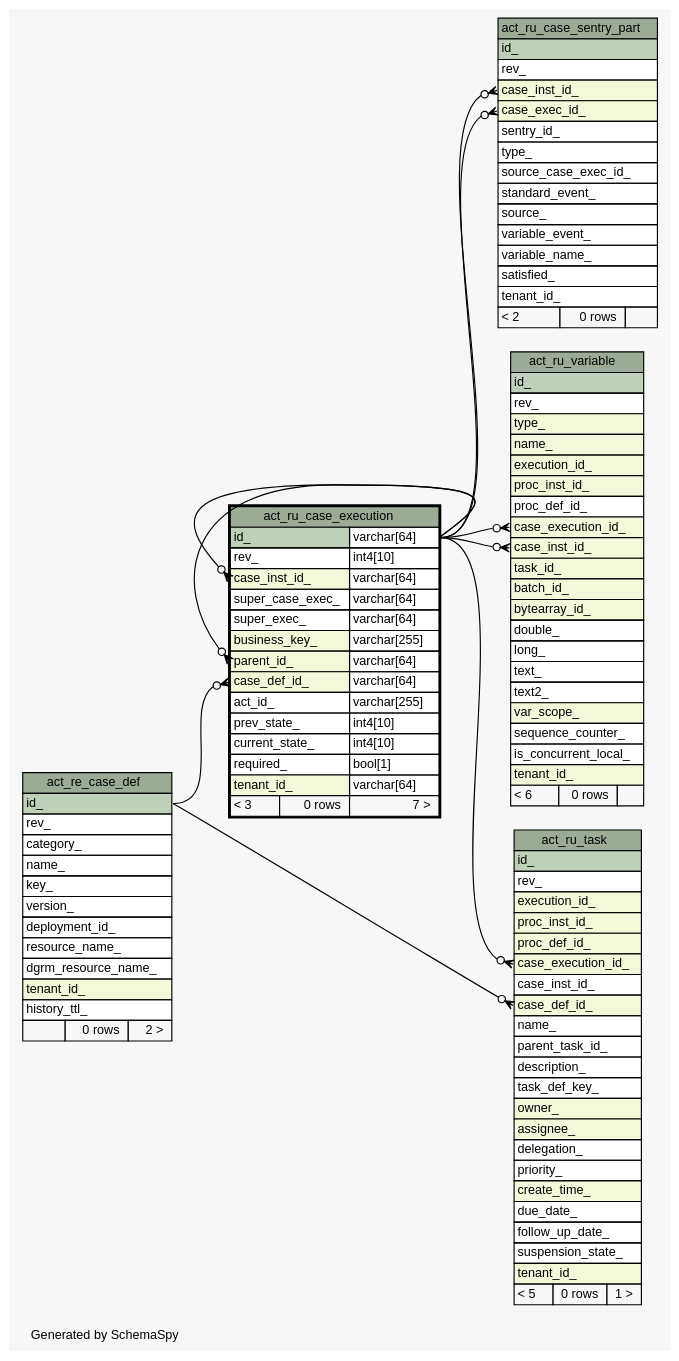
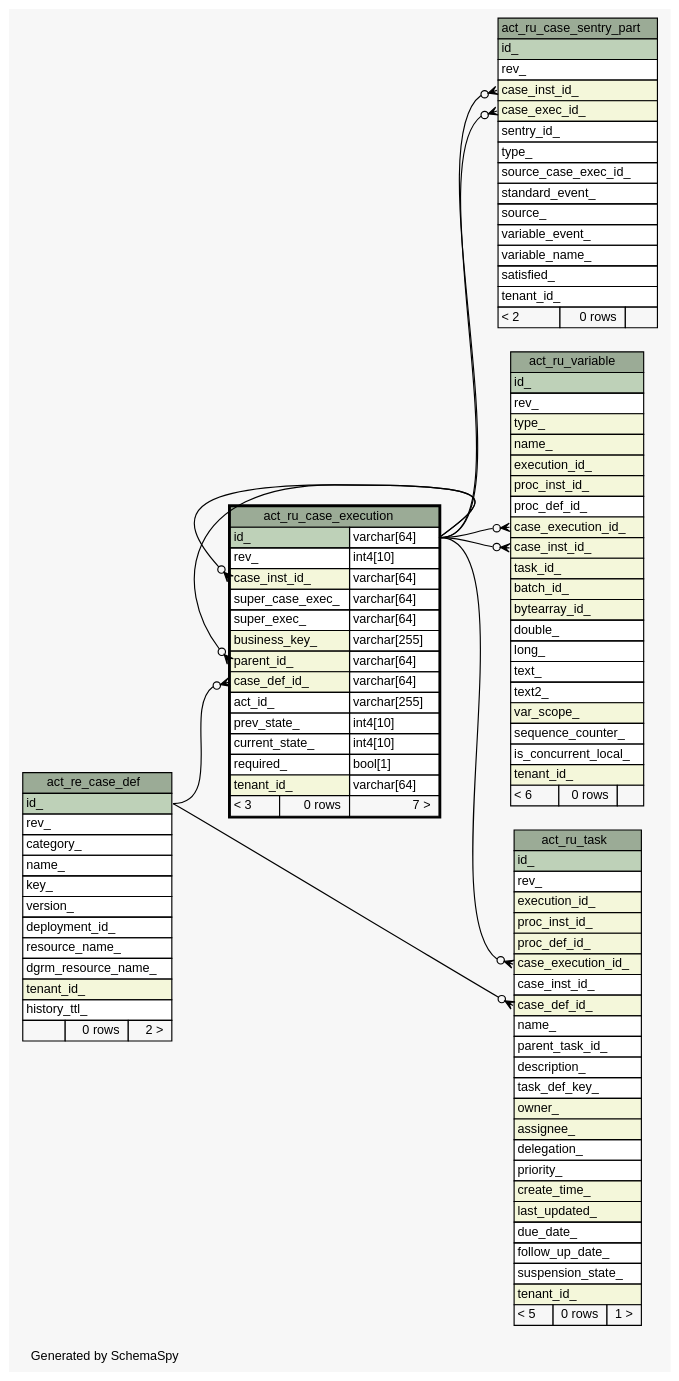
One commit to openwms/org.openwms.tms.routing.lib changed the diagram in 2.0.0-SNAPSHOT/schemaspy/diagrams/act_ru_case_execution.1degree.dot. Above: the diagram before and after it, drawn with Graphviz. The commit also changed 363 other files, not shown here.

```diff
--- a/2.0.0-SNAPSHOT/schemaspy/diagrams/act_ru_case_execution.1degree.dot
+++ b/2.0.0-SNAPSHOT/schemaspy/diagrams/act_ru_case_execution.1degree.dot
@@ -1,154 +1,155 @@
 // dot 2.43.0 on Linux 6.5.0-1025-azure
 // SchemaSpy rev Unknown
 digraph "oneDegreeRelationshipsDiagram" {
   graph [
     rankdir="RL"
     bgcolor="#f7f7f7"
     label="\nGenerated by SchemaSpy"
     labeljust="l"
     nodesep="0.18"
     ranksep="0.46"
     fontname="Helvetica"
     fontsize="11"
   ];
   node [
     fontname="Helvetica"
     fontsize="11"
     shape="plaintext"
   ];
   edge [
     arrowsize="0.8"
   ];
   "act_ru_case_execution":"case_def_id_":w -> "act_re_case_def":"id_":e [arrowhead=none dir=back arrowtail=crowodot];
   "act_ru_case_execution":"case_inst_id_":w -> "act_ru_case_execution":"id_.type":e [arrowhead=none dir=back arrowtail=crowodot];
   "act_ru_case_execution":"parent_id_":w -> "act_ru_case_execution":"id_.type":e [arrowhead=none dir=back arrowtail=crowodot];
   "act_ru_case_sentry_part":"case_exec_id_":w -> "act_ru_case_execution":"id_.type":e [arrowhead=none dir=back arrowtail=crowodot];
   "act_ru_case_sentry_part":"case_inst_id_":w -> "act_ru_case_execution":"id_.type":e [arrowhead=none dir=back arrowtail=crowodot];
   "act_ru_task":"case_def_id_":w -> "act_re_case_def":"id_":e [arrowhead=none dir=back arrowtail=crowodot];
   "act_ru_task":"case_execution_id_":w -> "act_ru_case_execution":"id_.type":e [arrowhead=none dir=back arrowtail=crowodot];
   "act_ru_variable":"case_execution_id_":w -> "act_ru_case_execution":"id_.type":e [arrowhead=none dir=back arrowtail=crowodot];
   "act_ru_variable":"case_inst_id_":w -> "act_ru_case_execution":"id_.type":e [arrowhead=none dir=back arrowtail=crowodot];
   "act_re_case_def" [
     label=<
     <TABLE BORDER="0" CELLBORDER="1" CELLSPACING="0" BGCOLOR="#ffffff">
       <TR><TD COLSPAN="3" BGCOLOR="#9bab96" ALIGN="CENTER">act_re_case_def</TD></TR>
       <TR><TD PORT="id_" COLSPAN="3" BGCOLOR="#bed1b8" ALIGN="LEFT">id_</TD></TR>
       <TR><TD PORT="rev_" COLSPAN="3" ALIGN="LEFT">rev_</TD></TR>
       <TR><TD PORT="category_" COLSPAN="3" ALIGN="LEFT">category_</TD></TR>
       <TR><TD PORT="name_" COLSPAN="3" ALIGN="LEFT">name_</TD></TR>
       <TR><TD PORT="key_" COLSPAN="3" ALIGN="LEFT">key_</TD></TR>
       <TR><TD PORT="version_" COLSPAN="3" ALIGN="LEFT">version_</TD></TR>
       <TR><TD PORT="deployment_id_" COLSPAN="3" ALIGN="LEFT">deployment_id_</TD></TR>
       <TR><TD PORT="resource_name_" COLSPAN="3" ALIGN="LEFT">resource_name_</TD></TR>
       <TR><TD PORT="dgrm_resource_name_" COLSPAN="3" ALIGN="LEFT">dgrm_resource_name_</TD></TR>
       <TR><TD PORT="tenant_id_" COLSPAN="3" BGCOLOR="#f4f7da" ALIGN="LEFT">tenant_id_</TD></TR>
       <TR><TD PORT="history_ttl_" COLSPAN="3" ALIGN="LEFT">history_ttl_</TD></TR>
       <TR><TD ALIGN="LEFT" BGCOLOR="#f7f7f7">  </TD><TD ALIGN="RIGHT" BGCOLOR="#f7f7f7">0 rows</TD><TD ALIGN="RIGHT" BGCOLOR="#f7f7f7">2 &gt;</TD></TR>
     </TABLE>>
     URL="act_re_case_def.html"
     tooltip="act_re_case_def"
   ];
   "act_ru_case_execution" [
     label=<
     <TABLE BORDER="2" CELLBORDER="1" CELLSPACING="0" BGCOLOR="#ffffff">
       <TR><TD COLSPAN="3" BGCOLOR="#9bab96" ALIGN="CENTER">act_ru_case_execution</TD></TR>
       <TR><TD PORT="id_" COLSPAN="2" BGCOLOR="#bed1b8" ALIGN="LEFT">id_</TD><TD PORT="id_.type" ALIGN="LEFT">varchar[64]</TD></TR>
       <TR><TD PORT="rev_" COLSPAN="2" ALIGN="LEFT">rev_</TD><TD PORT="rev_.type" ALIGN="LEFT">int4[10]</TD></TR>
       <TR><TD PORT="case_inst_id_" COLSPAN="2" BGCOLOR="#f4f7da" ALIGN="LEFT">case_inst_id_</TD><TD PORT="case_inst_id_.type" ALIGN="LEFT">varchar[64]</TD></TR>
       <TR><TD PORT="super_case_exec_" COLSPAN="2" ALIGN="LEFT">super_case_exec_</TD><TD PORT="super_case_exec_.type" ALIGN="LEFT">varchar[64]</TD></TR>
       <TR><TD PORT="super_exec_" COLSPAN="2" ALIGN="LEFT">super_exec_</TD><TD PORT="super_exec_.type" ALIGN="LEFT">varchar[64]</TD></TR>
       <TR><TD PORT="business_key_" COLSPAN="2" BGCOLOR="#f4f7da" ALIGN="LEFT">business_key_</TD><TD PORT="business_key_.type" ALIGN="LEFT">varchar[255]</TD></TR>
       <TR><TD PORT="parent_id_" COLSPAN="2" BGCOLOR="#f4f7da" ALIGN="LEFT">parent_id_</TD><TD PORT="parent_id_.type" ALIGN="LEFT">varchar[64]</TD></TR>
       <TR><TD PORT="case_def_id_" COLSPAN="2" BGCOLOR="#f4f7da" ALIGN="LEFT">case_def_id_</TD><TD PORT="case_def_id_.type" ALIGN="LEFT">varchar[64]</TD></TR>
       <TR><TD PORT="act_id_" COLSPAN="2" ALIGN="LEFT">act_id_</TD><TD PORT="act_id_.type" ALIGN="LEFT">varchar[255]</TD></TR>
       <TR><TD PORT="prev_state_" COLSPAN="2" ALIGN="LEFT">prev_state_</TD><TD PORT="prev_state_.type" ALIGN="LEFT">int4[10]</TD></TR>
       <TR><TD PORT="current_state_" COLSPAN="2" ALIGN="LEFT">current_state_</TD><TD PORT="current_state_.type" ALIGN="LEFT">int4[10]</TD></TR>
       <TR><TD PORT="required_" COLSPAN="2" ALIGN="LEFT">required_</TD><TD PORT="required_.type" ALIGN="LEFT">bool[1]</TD></TR>
       <TR><TD PORT="tenant_id_" COLSPAN="2" BGCOLOR="#f4f7da" ALIGN="LEFT">tenant_id_</TD><TD PORT="tenant_id_.type" ALIGN="LEFT">varchar[64]</TD></TR>
       <TR><TD ALIGN="LEFT" BGCOLOR="#f7f7f7">&lt; 3</TD><TD ALIGN="RIGHT" BGCOLOR="#f7f7f7">0 rows</TD><TD ALIGN="RIGHT" BGCOLOR="#f7f7f7">7 &gt;</TD></TR>
     </TABLE>>
     URL="act_ru_case_execution.html"
     tooltip="act_ru_case_execution"
   ];
   "act_ru_case_sentry_part" [
     label=<
     <TABLE BORDER="0" CELLBORDER="1" CELLSPACING="0" BGCOLOR="#ffffff">
       <TR><TD COLSPAN="3" BGCOLOR="#9bab96" ALIGN="CENTER">act_ru_case_sentry_part</TD></TR>
       <TR><TD PORT="id_" COLSPAN="3" BGCOLOR="#bed1b8" ALIGN="LEFT">id_</TD></TR>
       <TR><TD PORT="rev_" COLSPAN="3" ALIGN="LEFT">rev_</TD></TR>
       <TR><TD PORT="case_inst_id_" COLSPAN="3" BGCOLOR="#f4f7da" ALIGN="LEFT">case_inst_id_</TD></TR>
       <TR><TD PORT="case_exec_id_" COLSPAN="3" BGCOLOR="#f4f7da" ALIGN="LEFT">case_exec_id_</TD></TR>
       <TR><TD PORT="sentry_id_" COLSPAN="3" ALIGN="LEFT">sentry_id_</TD></TR>
       <TR><TD PORT="type_" COLSPAN="3" ALIGN="LEFT">type_</TD></TR>
       <TR><TD PORT="source_case_exec_id_" COLSPAN="3" ALIGN="LEFT">source_case_exec_id_</TD></TR>
       <TR><TD PORT="standard_event_" COLSPAN="3" ALIGN="LEFT">standard_event_</TD></TR>
       <TR><TD PORT="source_" COLSPAN="3" ALIGN="LEFT">source_</TD></TR>
       <TR><TD PORT="variable_event_" COLSPAN="3" ALIGN="LEFT">variable_event_</TD></TR>
       <TR><TD PORT="variable_name_" COLSPAN="3" ALIGN="LEFT">variable_name_</TD></TR>
       <TR><TD PORT="satisfied_" COLSPAN="3" ALIGN="LEFT">satisfied_</TD></TR>
       <TR><TD PORT="tenant_id_" COLSPAN="3" ALIGN="LEFT">tenant_id_</TD></TR>
       <TR><TD ALIGN="LEFT" BGCOLOR="#f7f7f7">&lt; 2</TD><TD ALIGN="RIGHT" BGCOLOR="#f7f7f7">0 rows</TD><TD ALIGN="RIGHT" BGCOLOR="#f7f7f7">  </TD></TR>
     </TABLE>>
     URL="act_ru_case_sentry_part.html"
     tooltip="act_ru_case_sentry_part"
   ];
   "act_ru_task" [
     label=<
     <TABLE BORDER="0" CELLBORDER="1" CELLSPACING="0" BGCOLOR="#ffffff">
       <TR><TD COLSPAN="3" BGCOLOR="#9bab96" ALIGN="CENTER">act_ru_task</TD></TR>
       <TR><TD PORT="id_" COLSPAN="3" BGCOLOR="#bed1b8" ALIGN="LEFT">id_</TD></TR>
       <TR><TD PORT="rev_" COLSPAN="3" ALIGN="LEFT">rev_</TD></TR>
       <TR><TD PORT="execution_id_" COLSPAN="3" BGCOLOR="#f4f7da" ALIGN="LEFT">execution_id_</TD></TR>
       <TR><TD PORT="proc_inst_id_" COLSPAN="3" BGCOLOR="#f4f7da" ALIGN="LEFT">proc_inst_id_</TD></TR>
       <TR><TD PORT="proc_def_id_" COLSPAN="3" BGCOLOR="#f4f7da" ALIGN="LEFT">proc_def_id_</TD></TR>
       <TR><TD PORT="case_execution_id_" COLSPAN="3" BGCOLOR="#f4f7da" ALIGN="LEFT">case_execution_id_</TD></TR>
       <TR><TD PORT="case_inst_id_" COLSPAN="3" ALIGN="LEFT">case_inst_id_</TD></TR>
       <TR><TD PORT="case_def_id_" COLSPAN="3" BGCOLOR="#f4f7da" ALIGN="LEFT">case_def_id_</TD></TR>
       <TR><TD PORT="name_" COLSPAN="3" ALIGN="LEFT">name_</TD></TR>
       <TR><TD PORT="parent_task_id_" COLSPAN="3" ALIGN="LEFT">parent_task_id_</TD></TR>
       <TR><TD PORT="description_" COLSPAN="3" ALIGN="LEFT">description_</TD></TR>
       <TR><TD PORT="task_def_key_" COLSPAN="3" ALIGN="LEFT">task_def_key_</TD></TR>
       <TR><TD PORT="owner_" COLSPAN="3" BGCOLOR="#f4f7da" ALIGN="LEFT">owner_</TD></TR>
       <TR><TD PORT="assignee_" COLSPAN="3" BGCOLOR="#f4f7da" ALIGN="LEFT">assignee_</TD></TR>
       <TR><TD PORT="delegation_" COLSPAN="3" ALIGN="LEFT">delegation_</TD></TR>
       <TR><TD PORT="priority_" COLSPAN="3" ALIGN="LEFT">priority_</TD></TR>
       <TR><TD PORT="create_time_" COLSPAN="3" BGCOLOR="#f4f7da" ALIGN="LEFT">create_time_</TD></TR>
+      <TR><TD PORT="last_updated_" COLSPAN="3" BGCOLOR="#f4f7da" ALIGN="LEFT">last_updated_</TD></TR>
       <TR><TD PORT="due_date_" COLSPAN="3" ALIGN="LEFT">due_date_</TD></TR>
       <TR><TD PORT="follow_up_date_" COLSPAN="3" ALIGN="LEFT">follow_up_date_</TD></TR>
       <TR><TD PORT="suspension_state_" COLSPAN="3" ALIGN="LEFT">suspension_state_</TD></TR>
       <TR><TD PORT="tenant_id_" COLSPAN="3" BGCOLOR="#f4f7da" ALIGN="LEFT">tenant_id_</TD></TR>
       <TR><TD ALIGN="LEFT" BGCOLOR="#f7f7f7">&lt; 5</TD><TD ALIGN="RIGHT" BGCOLOR="#f7f7f7">0 rows</TD><TD ALIGN="RIGHT" BGCOLOR="#f7f7f7">1 &gt;</TD></TR>
     </TABLE>>
     URL="act_ru_task.html"
     tooltip="act_ru_task"
   ];
   "act_ru_variable" [
     label=<
     <TABLE BORDER="0" CELLBORDER="1" CELLSPACING="0" BGCOLOR="#ffffff">
       <TR><TD COLSPAN="3" BGCOLOR="#9bab96" ALIGN="CENTER">act_ru_variable</TD></TR>
       <TR><TD PORT="id_" COLSPAN="3" BGCOLOR="#bed1b8" ALIGN="LEFT">id_</TD></TR>
       <TR><TD PORT="rev_" COLSPAN="3" ALIGN="LEFT">rev_</TD></TR>
       <TR><TD PORT="type_" COLSPAN="3" BGCOLOR="#f4f7da" ALIGN="LEFT">type_</TD></TR>
       <TR><TD PORT="name_" COLSPAN="3" BGCOLOR="#f4f7da" ALIGN="LEFT">name_</TD></TR>
       <TR><TD PORT="execution_id_" COLSPAN="3" BGCOLOR="#f4f7da" ALIGN="LEFT">execution_id_</TD></TR>
       <TR><TD PORT="proc_inst_id_" COLSPAN="3" BGCOLOR="#f4f7da" ALIGN="LEFT">proc_inst_id_</TD></TR>
       <TR><TD PORT="proc_def_id_" COLSPAN="3" ALIGN="LEFT">proc_def_id_</TD></TR>
       <TR><TD PORT="case_execution_id_" COLSPAN="3" BGCOLOR="#f4f7da" ALIGN="LEFT">case_execution_id_</TD></TR>
       <TR><TD PORT="case_inst_id_" COLSPAN="3" BGCOLOR="#f4f7da" ALIGN="LEFT">case_inst_id_</TD></TR>
       <TR><TD PORT="task_id_" COLSPAN="3" BGCOLOR="#f4f7da" ALIGN="LEFT">task_id_</TD></TR>
       <TR><TD PORT="batch_id_" COLSPAN="3" BGCOLOR="#f4f7da" ALIGN="LEFT">batch_id_</TD></TR>
       <TR><TD PORT="bytearray_id_" COLSPAN="3" BGCOLOR="#f4f7da" ALIGN="LEFT">bytearray_id_</TD></TR>
       <TR><TD PORT="double_" COLSPAN="3" ALIGN="LEFT">double_</TD></TR>
       <TR><TD PORT="long_" COLSPAN="3" ALIGN="LEFT">long_</TD></TR>
       <TR><TD PORT="text_" COLSPAN="3" ALIGN="LEFT">text_</TD></TR>
       <TR><TD PORT="text2_" COLSPAN="3" ALIGN="LEFT">text2_</TD></TR>
       <TR><TD PORT="var_scope_" COLSPAN="3" BGCOLOR="#f4f7da" ALIGN="LEFT">var_scope_</TD></TR>
       <TR><TD PORT="sequence_counter_" COLSPAN="3" ALIGN="LEFT">sequence_counter_</TD></TR>
       <TR><TD PORT="is_concurrent_local_" COLSPAN="3" ALIGN="LEFT">is_concurrent_local_</TD></TR>
       <TR><TD PORT="tenant_id_" COLSPAN="3" BGCOLOR="#f4f7da" ALIGN="LEFT">tenant_id_</TD></TR>
       <TR><TD ALIGN="LEFT" BGCOLOR="#f7f7f7">&lt; 6</TD><TD ALIGN="RIGHT" BGCOLOR="#f7f7f7">0 rows</TD><TD ALIGN="RIGHT" BGCOLOR="#f7f7f7">  </TD></TR>
     </TABLE>>
     URL="act_ru_variable.html"
     tooltip="act_ru_variable"
   ];
 }
```
